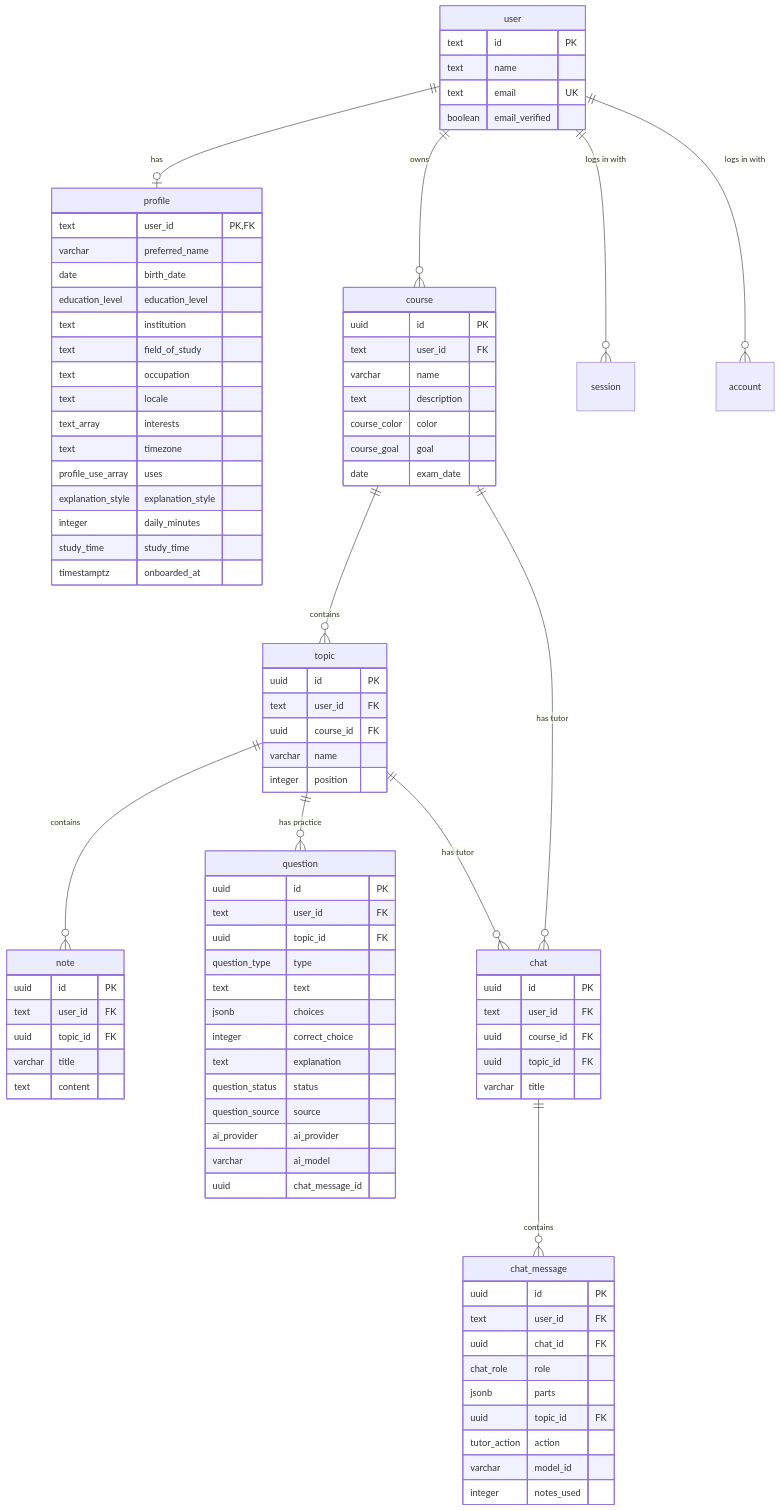
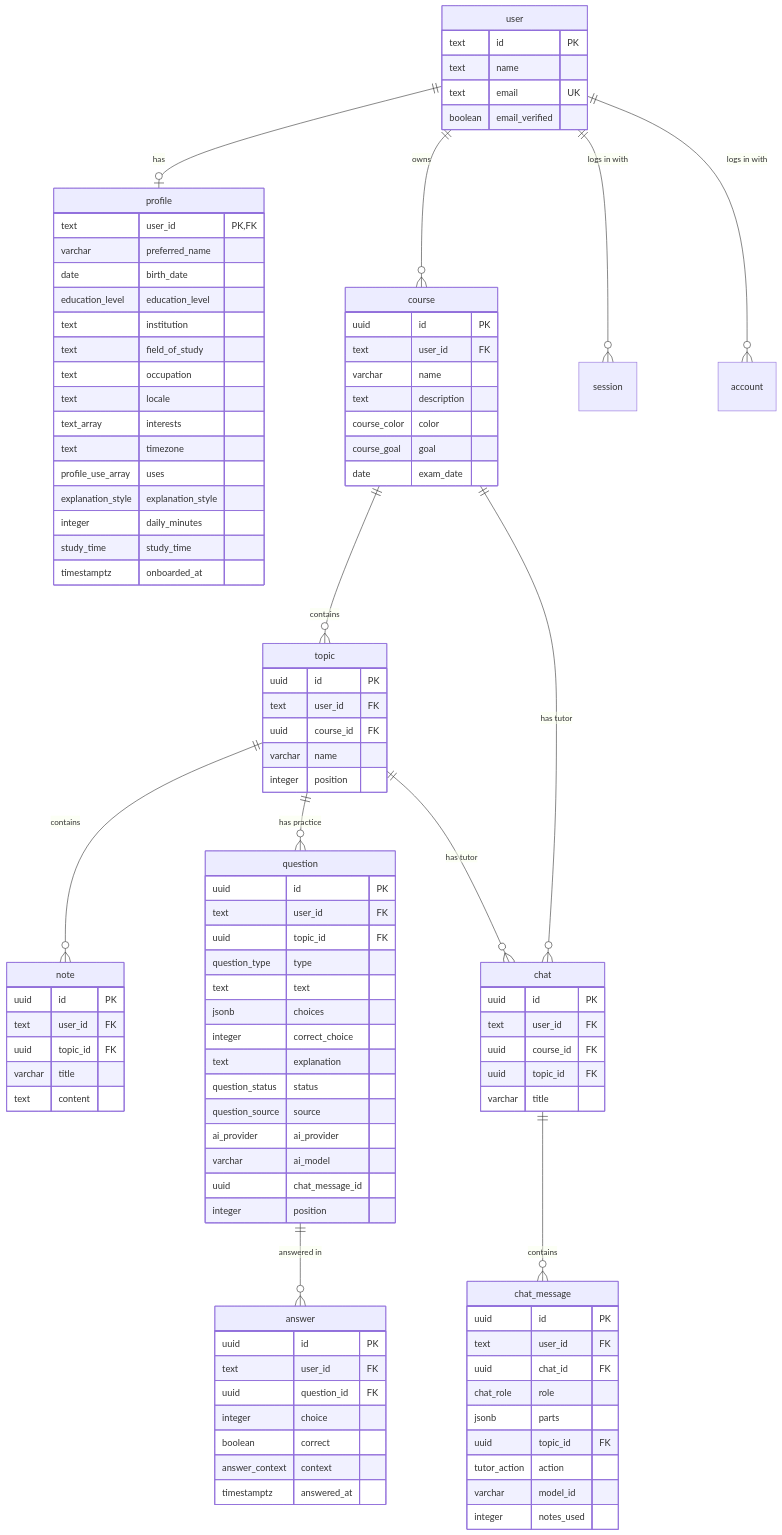
One commit to fyernald/orbi changed the diagram in docs/database.md. Above: the diagram before and after it, drawn with Mermaid. The commit also changed other lines of this file and 29 other files, not shown here.

````diff
--- a/docs/database.md
+++ b/docs/database.md
@@ -11,6 +11,7 @@
     course ||--o{ topic : contains
     topic ||--o{ note : contains
     topic ||--o{ question : "has practice"
+    question ||--o{ answer : "answered in"
     course ||--o{ chat : "has tutor"
     topic ||--o{ chat : "has tutor"
     chat ||--o{ chat_message : contains
@@ -95,5 +96,15 @@
         ai_provider ai_provider
         varchar ai_model
         uuid chat_message_id
+        integer position
+    }
+    answer {
+        uuid id PK
+        text user_id FK
+        uuid question_id FK
+        integer choice
+        boolean correct
+        answer_context context
+        timestamptz answered_at
     }
 ```
````
